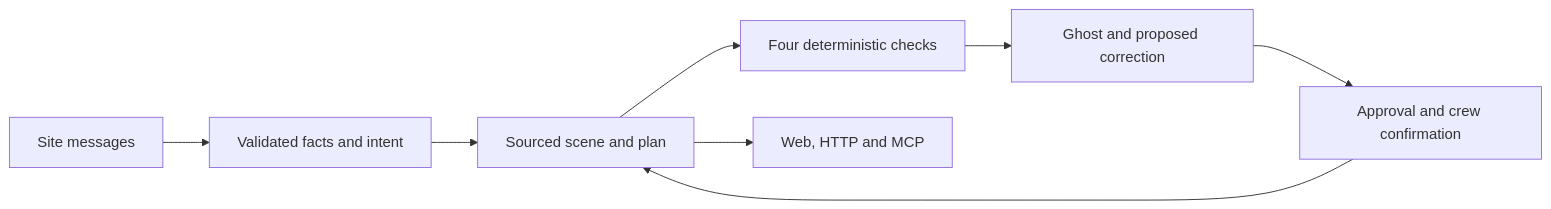
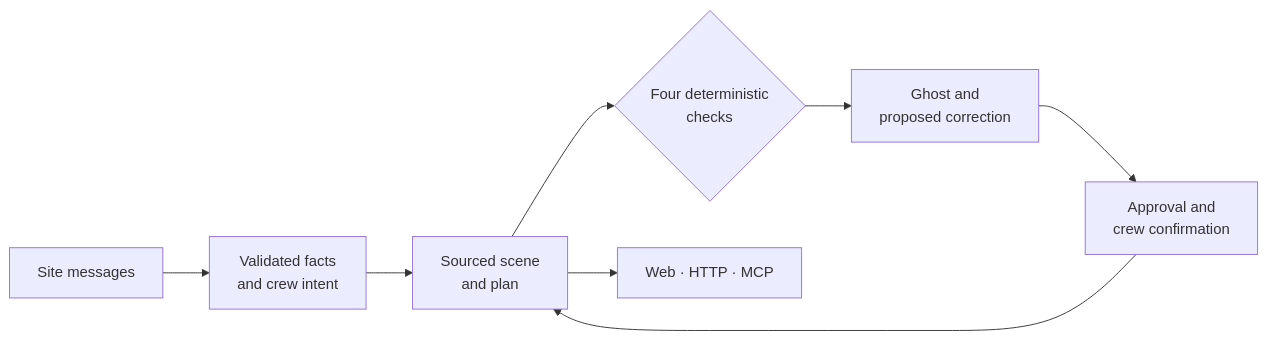
Before and after one commit to aaliusama/second-eye: the diagram in README.md, drawn with Mermaid. The commit also changed other lines of this file and 8 other files, not shown here.

````diff
--- a/README.md
+++ b/README.md
@@ -73,10 +52,10 @@
 ```mermaid
 flowchart LR
-    A[Site messages] --> B[Validated facts and intent]
-    B --> C[Sourced scene and plan]
-    C --> D[Four deterministic checks]
-    D --> E[Ghost and proposed correction]
-    E --> F[Approval and crew confirmation]
+    A[Site messages] --> B[Validated facts<br/>and crew intent]
+    B --> C[Sourced scene<br/>and plan]
+    C --> D{Four deterministic<br/>checks}
+    D --> E[Ghost and<br/>proposed correction]
+    E --> F[Approval and<br/>crew confirmation]
     F --> C
-    C --> G[Web, HTTP and MCP]
+    C --> G[Web · HTTP · MCP]
 ```
````
